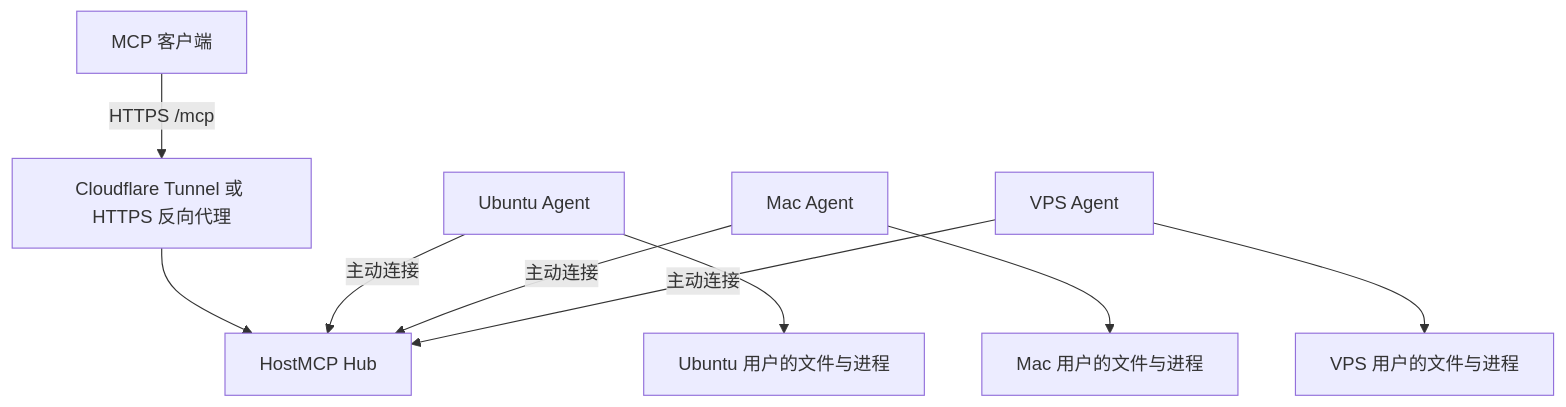
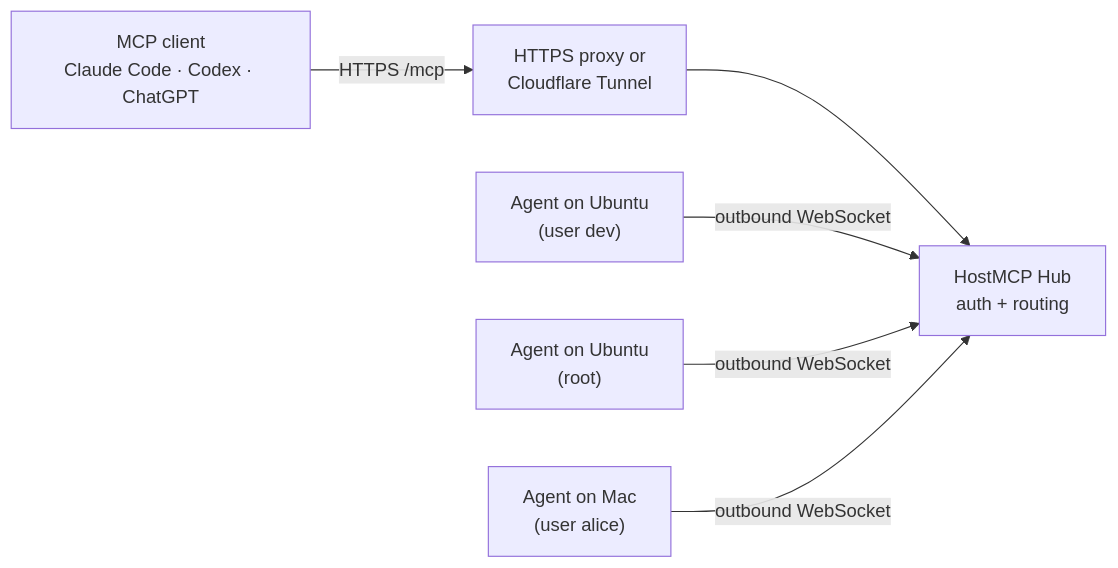
One commit to soren-labs/hostmcp changed the diagram in README.md. Above: the diagram before and after it, drawn with Mermaid. The commit also changed other lines of this file and 14 other files, not shown here.

````diff
--- a/README.md
+++ b/README.md
@@ -36,11 +43,8 @@
 ```mermaid
-flowchart TD
-    C["MCP 客户端"] -->|"HTTPS /mcp"| E["Cloudflare Tunnel 或 HTTPS 反向代理"]
-    E --> H["HostMCP Hub"]
-    U["Ubuntu Agent"] -->|"主动连接"| H
-    M["Mac Agent"] -->|"主动连接"| H
-    V["VPS Agent"] -->|"主动连接"| H
-    U --> UP["Ubuntu 用户的文件与进程"]
-    M --> MP["Mac 用户的文件与进程"]
-    V --> VP["VPS 用户的文件与进程"]
+flowchart LR
+    C["MCP client<br/>Claude Code · Codex · ChatGPT"] -->|"HTTPS /mcp"| E["HTTPS proxy or<br/>Cloudflare Tunnel"]
+    E --> H["HostMCP Hub<br/>auth + routing"]
+    A1["Agent on Ubuntu<br/>(user dev)"] -->|"outbound WebSocket"| H
+    A2["Agent on Ubuntu<br/>(root)"] -->|"outbound WebSocket"| H
+    A3["Agent on Mac<br/>(user alice)"] -->|"outbound WebSocket"| H
 ```
````
